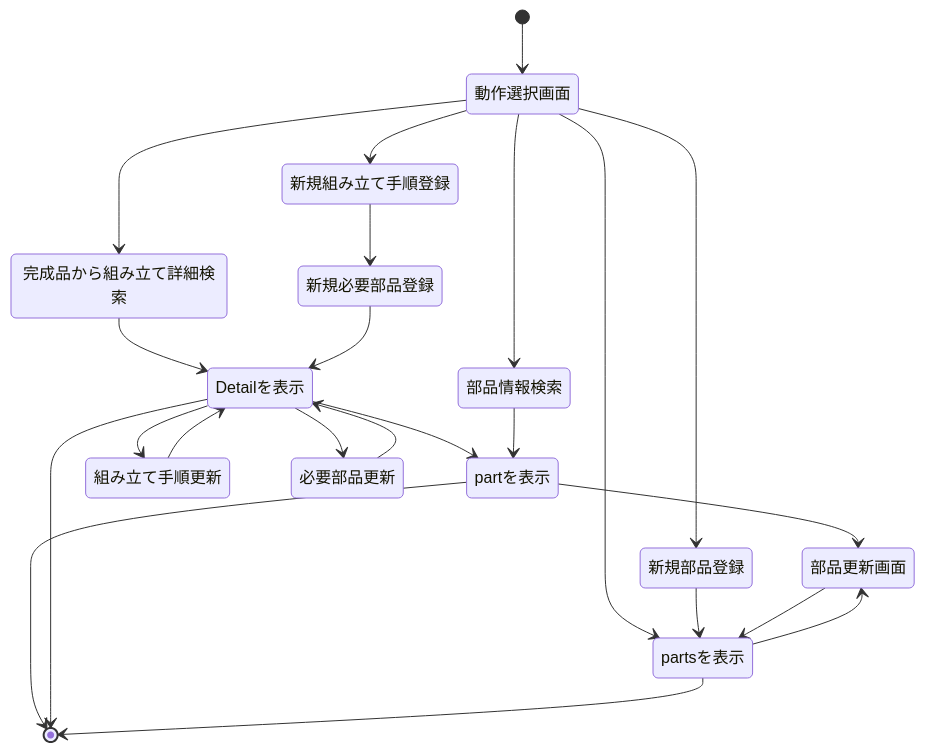
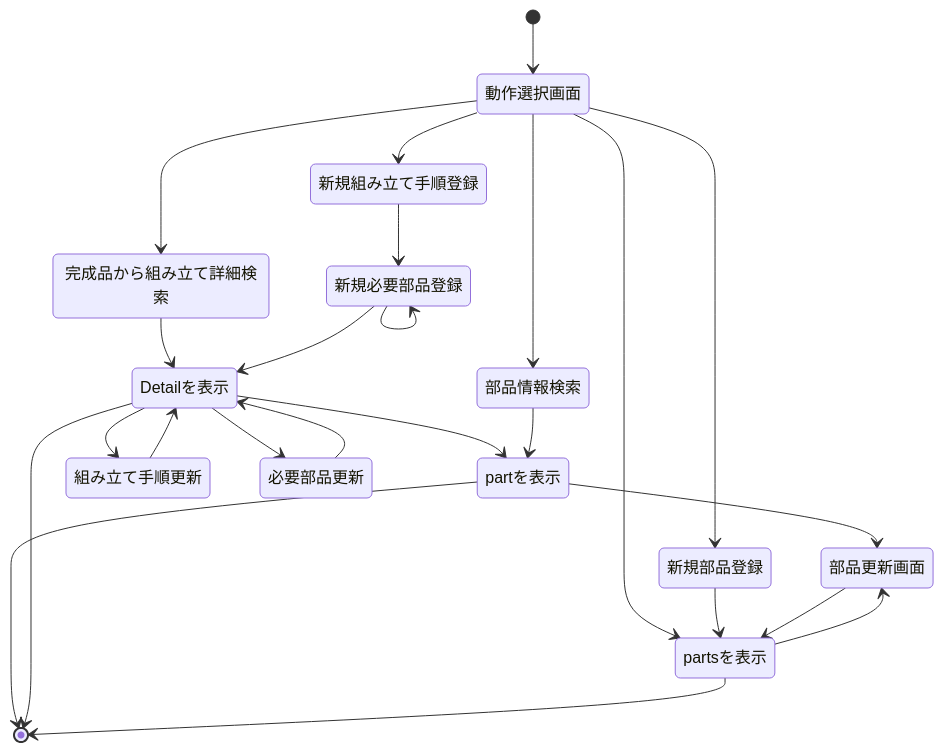
Before and after one commit to kaori5153/AssemFlow: the diagram in src/AssemFlowState.md, drawn with Mermaid. The commit also changed 3 other files, not shown here.

````diff
--- a/src/AssemFlowState.md
+++ b/src/AssemFlowState.md
@@ -1,30 +1,31 @@
 ```mermaid
 
 stateDiagram-v2
 [*] --> 動作選択画面
     動作選択画面 --> 完成品から組み立て詳細検索
     動作選択画面 --> 新規組み立て手順登録
     動作選択画面 --> 新規部品登録
     動作選択画面 --> 部品情報検索
     動作選択画面 --> partsを表示
     完成品から組み立て詳細検索 --> Detailを表示
     Detailを表示 --> partを表示
     新規組み立て手順登録 --> 新規必要部品登録
     新規必要部品登録 --> Detailを表示
+    新規必要部品登録 --> 新規必要部品登録
     新規部品登録 --> partsを表示
     部品情報検索 --> partを表示
     partを表示 --> 部品更新画面
     部品更新画面 --> partsを表示
     Detailを表示 --> 組み立て手順更新
     組み立て手順更新--> Detailを表示
     Detailを表示 --> 必要部品更新
     
     必要部品更新 --> Detailを表示
     partsを表示 -->  部品更新画面
     partを表示--> [*]
     Detailを表示--> [*]
     partsを表示 --> [*]
 
 
 
 ```
````
